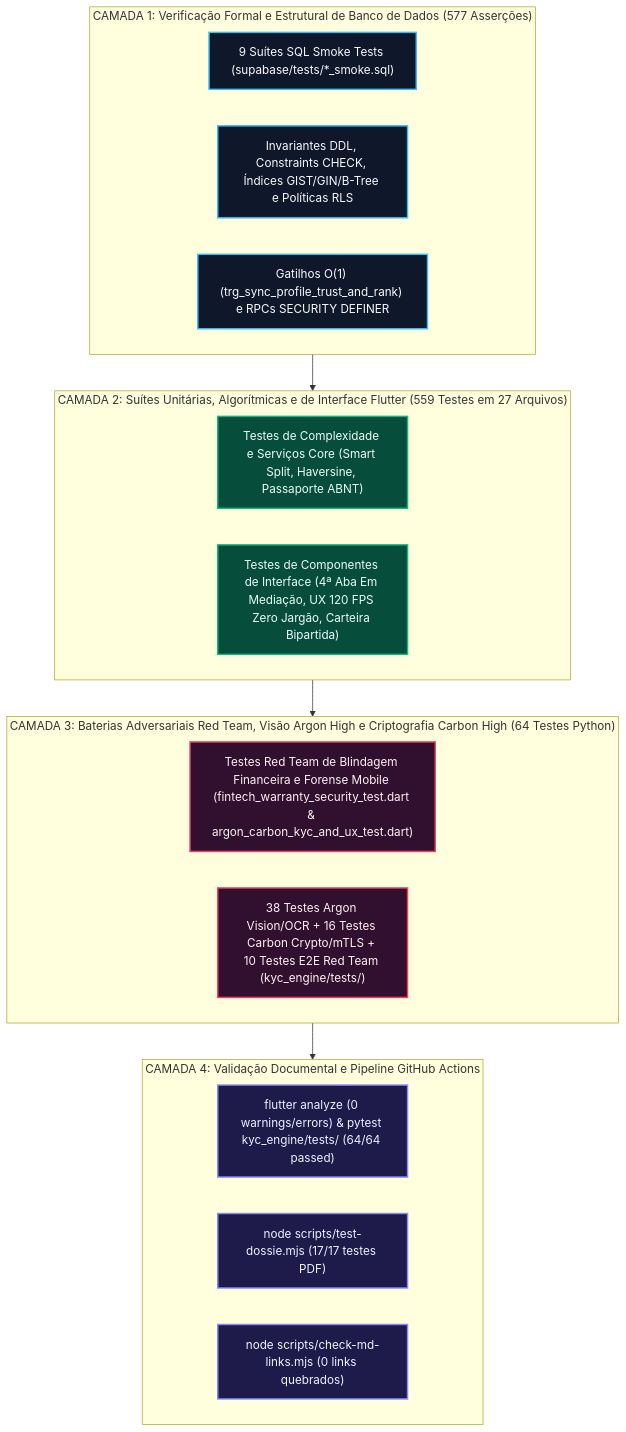
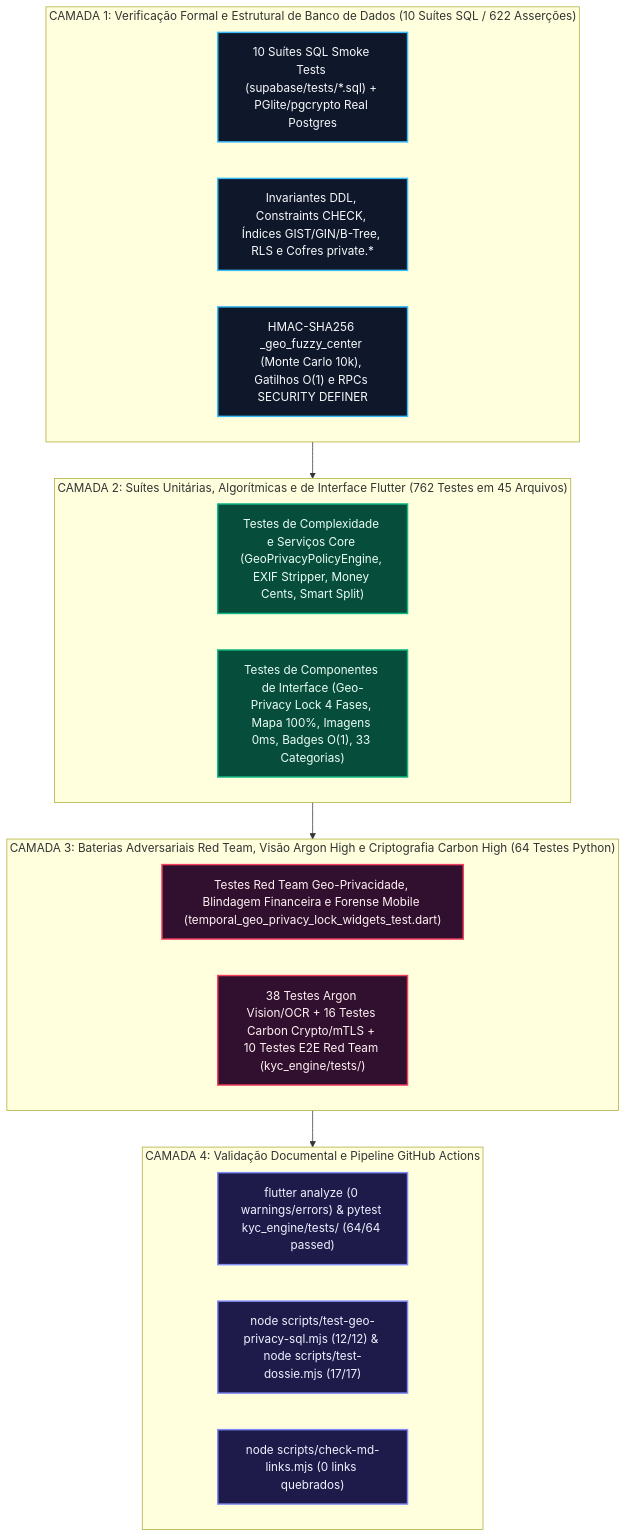
One commit to WagnerxOliveira/DesperrengueApp_TAI3 changed the diagram in docs/TESTING.md. Above: the diagram before and after it, drawn with Mermaid. The commit also changed other lines of this file and 3 other files, not shown here.

Commit message:
docs(qa): cite all 5 peer SHAs (geo-dom, eng, prov-ui, ux, sec-db) and 45 Dart suites

````diff
--- a/docs/TESTING.md
+++ b/docs/TESTING.md
@@ -13,31 +13,31 @@
 ```mermaid
 flowchart TB
     classDef sql fill:#0F172A,stroke:#38BDF8,stroke-width:2px,color:#F8FAFC;
     classDef dart fill:#064E3B,stroke:#10B981,stroke-width:2px,color:#ECFDF5;
     classDef red fill:#31102F,stroke:#F43F5E,stroke-width:2px,color:#FFF1F2;
     classDef gate fill:#1E1B4B,stroke:#818CF8,stroke-width:2px,color:#EEF2FF;
 
-    subgraph L1["CAMADA 1: Verificação Formal e Estrutural de Banco de Dados (577 Asserções)"]
-        S1["9 Suítes SQL Smoke Tests (supabase/tests/*_smoke.sql)"]:::sql
-        S2["Invariantes DDL, Constraints CHECK, Índices GIST/GIN/B-Tree e Políticas RLS"]:::sql
-        S3["Gatilhos O(1) (trg_sync_profile_trust_and_rank) e RPCs SECURITY DEFINER"]:::sql
+    subgraph L1["CAMADA 1: Verificação Formal e Estrutural de Banco de Dados (10 Suítes SQL / 622 Asserções)"]
+        S1["10 Suítes SQL Smoke Tests (supabase/tests/*.sql) + PGlite/pgcrypto Real Postgres"]:::sql
+        S2["Invariantes DDL, Constraints CHECK, Índices GIST/GIN/B-Tree, RLS e Cofres private.*"]:::sql
+        S3["HMAC-SHA256 _geo_fuzzy_center (Monte Carlo 10k), Gatilhos O(1) e RPCs SECURITY DEFINER"]:::sql
     end
 
-    subgraph L2["CAMADA 2: Suítes Unitárias, Algorítmicas e de Interface Flutter (559 Testes em 27 Arquivos)"]
-        D1["Testes de Complexidade e Serviços Core (Smart Split, Haversine, Passaporte ABNT)"]:::dart
-        D2["Testes de Componentes de Interface (4ª Aba Em Mediação, UX 120 FPS Zero Jargão, Carteira Bipartida)"]:::dart
+    subgraph L2["CAMADA 2: Suítes Unitárias, Algorítmicas e de Interface Flutter (762 Testes em 45 Arquivos)"]
+        D1["Testes de Complexidade e Serviços Core (GeoPrivacyPolicyEngine, EXIF Stripper, Money Cents, Smart Split)"]:::dart
+        D2["Testes de Componentes de Interface (Geo-Privacy Lock 4 Fases, Mapa 100%, Imagens 0ms, Badges O(1), 33 Categorias)"]:::dart
     end
 
     subgraph L3["CAMADA 3: Baterias Adversariais Red Team, Visão Argon High e Criptografia Carbon High (64 Testes Python)"]
-        R1["Testes Red Team de Blindagem Financeira e Forense Mobile (fintech_warranty_security_test.dart & argon_carbon_kyc_and_ux_test.dart)"]:::red
+        R1["Testes Red Team Geo-Privacidade, Blindagem Financeira e Forense Mobile (temporal_geo_privacy_lock_widgets_test.dart)"]:::red
         R2["38 Testes Argon Vision/OCR + 16 Testes Carbon Crypto/mTLS + 10 Testes E2E Red Team (kyc_engine/tests/)"]:::red
     end
 
     subgraph L4["CAMADA 4: Validação Documental e Pipeline GitHub Actions"]
         G1["flutter analyze (0 warnings/errors) & pytest kyc_engine/tests/ (64/64 passed)"]:::gate
-        G2["node scripts/test-dossie.mjs (17/17 testes PDF)"]:::gate
+        G2["node scripts/test-geo-privacy-sql.mjs (12/12) & node scripts/test-dossie.mjs (17/17)"]:::gate
         G3["node scripts/check-md-links.mjs (0 links quebrados)"]:::gate
     end
 
     L1 --> L2 --> L3 --> L4
 ```
````
